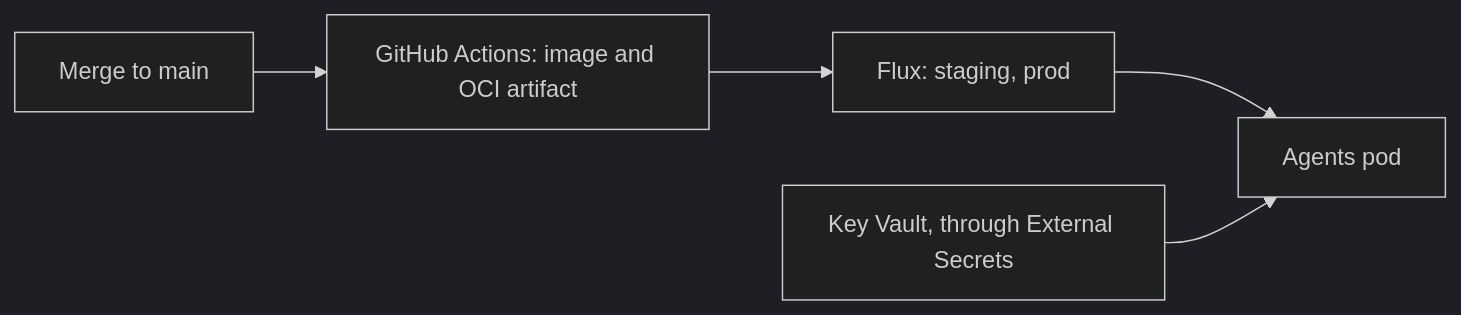
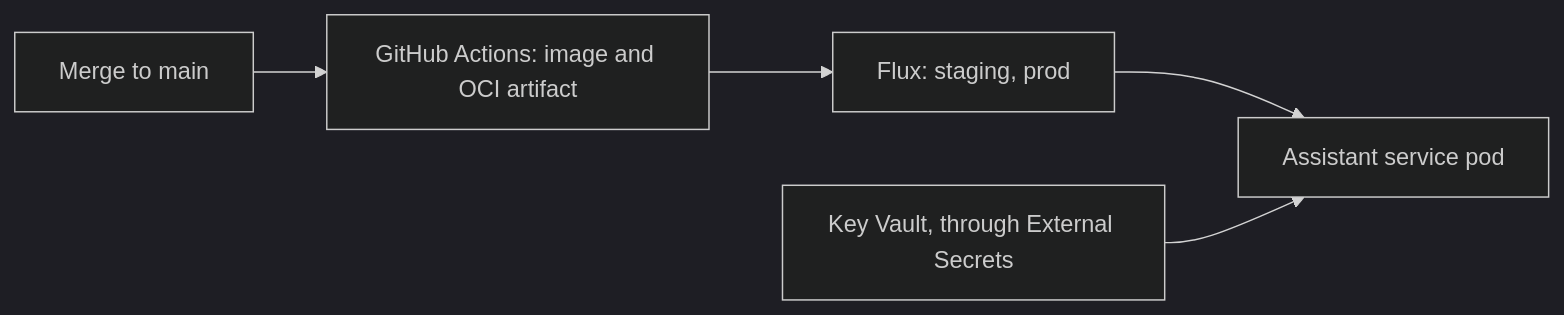
The seventh of 10 diagrams in src/AI/assistant/docs/2-system-context.md (Altinn/altinn-studio), drawn with Mermaid (dark theme) before and after one commit. The commit also changed 4 other files, not shown here.

First line of the commit message:
docs(assistant): use the assistant name for the pod, image and paths

````diff
--- a/src/AI/assistant/docs/2-system-context.md
+++ b/src/AI/assistant/docs/2-system-context.md
@@ -123,7 +123,7 @@
 ```mermaid
 flowchart LR
   M["Merge to main"] --> A["GitHub Actions: image and OCI artifact"]
   A --> F["Flux: staging, prod"]
-  F --> P["Agents pod"]
+  F --> P["Assistant service pod"]
   K["Key Vault, through External Secrets"] --> P
 ```
````
